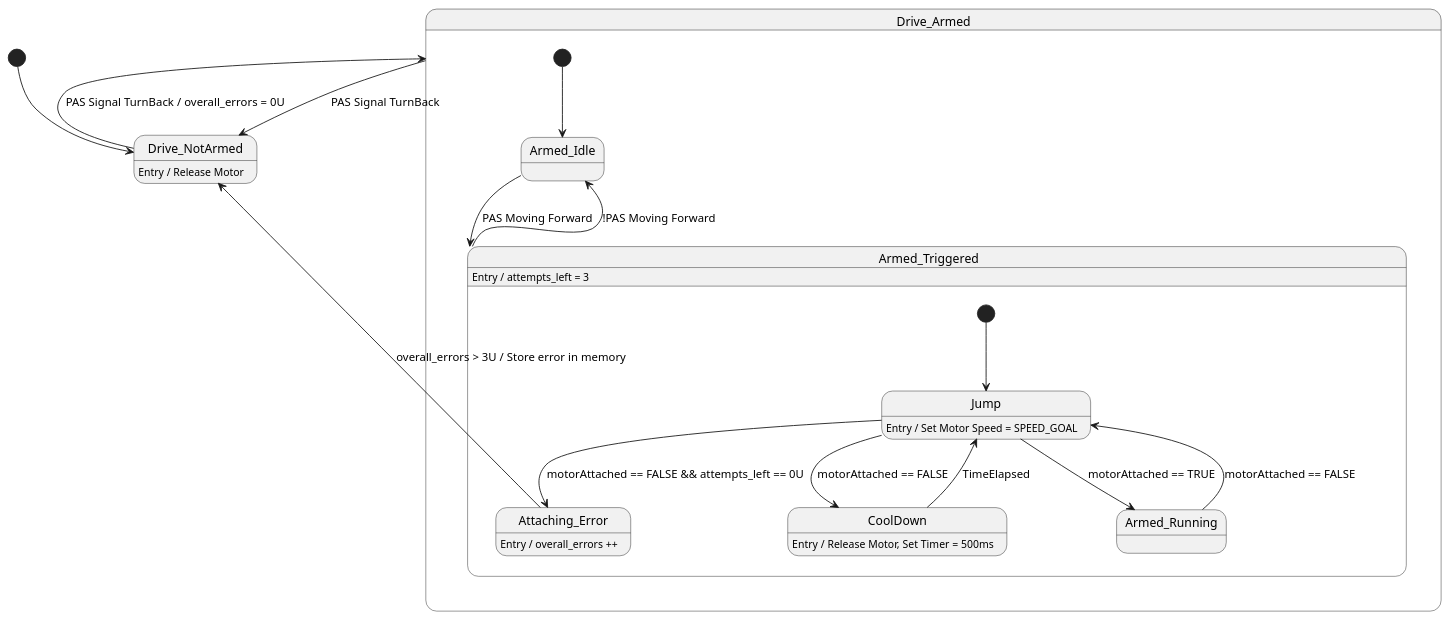
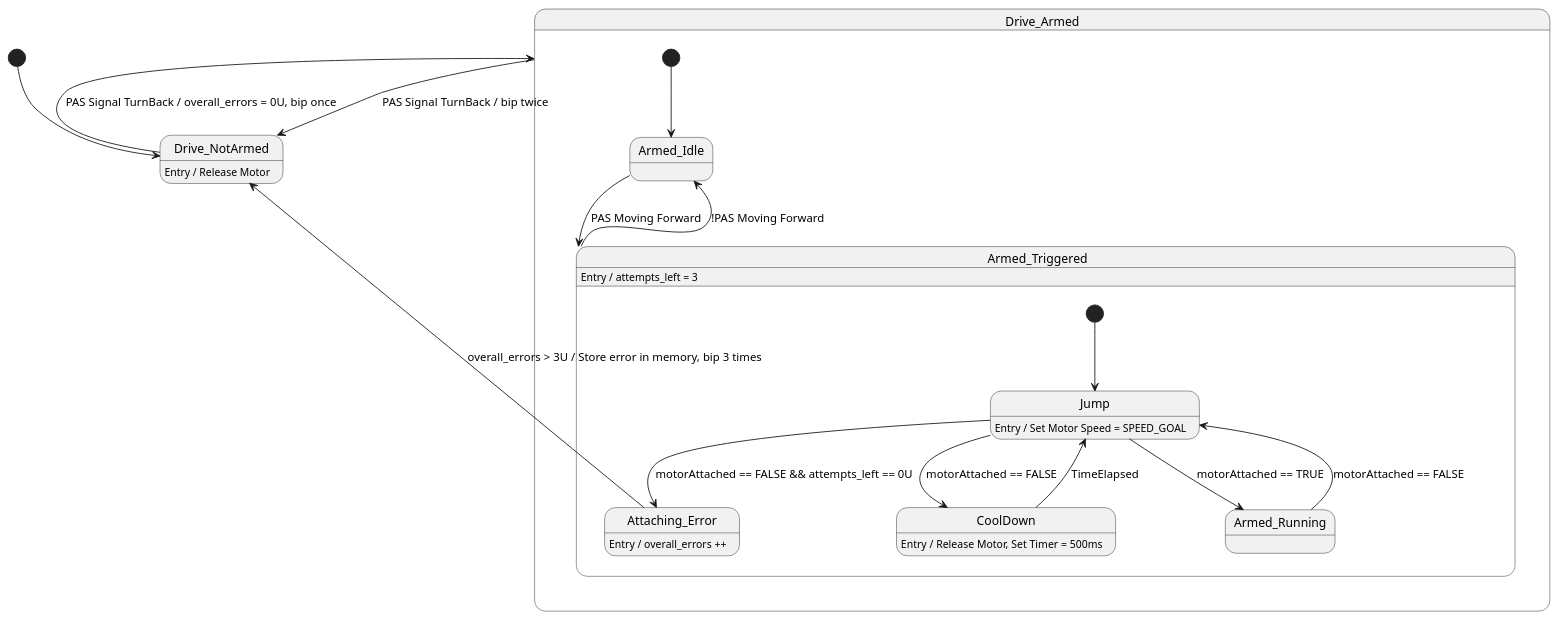
The diagram in uml/fdrive-app-sm.iuml (PiotrStrzalka/PiotrStrzalka.github.io), drawn with PlantUML before and after one commit. The commit also changed 15 other files, not shown here.

```diff
--- a/uml/fdrive-app-sm.iuml
+++ b/uml/fdrive-app-sm.iuml
@@ -1,33 +1,33 @@
 @startuml
 [*] --> Drive_NotArmed
 Drive_NotArmed: Entry / Release Motor
-Drive_NotArmed --> Drive_Armed : PAS Signal TurnBack / overall_errors = 0U
-Drive_Armed --> Drive_NotArmed : PAS Signal TurnBack
+Drive_NotArmed --> Drive_Armed : PAS Signal TurnBack / overall_errors = 0U, bip once
+Drive_Armed --> Drive_NotArmed : PAS Signal TurnBack / bip twice
   
 state Drive_Armed {
     [*] --> Armed_Idle
     Armed_Idle --> Armed_Triggered : PAS Moving Forward
     state Armed_Triggered {
         [*] --> Jump
         Jump --> CoolDown : motorAttached == FALSE
         CoolDown --> Jump : TimeElapsed
         Jump --> Armed_Running : motorAttached == TRUE
         Armed_Running --> Jump : motorAttached == FALSE
 
         Jump --> Attaching_Error : motorAttached == FALSE && attempts_left == 0U
 
         Attaching_Error : Entry / overall_errors ++
         Jump : Entry / Set Motor Speed = SPEED_GOAL
         CoolDown :  Entry / Release Motor, Set Timer = 500ms
 
     }
 
     Armed_Triggered : Entry / attempts_left = 3
     
     
     Armed_Triggered --> Armed_Idle: !PAS Moving Forward
 }
 
-Attaching_Error --> Drive_NotArmed : overall_errors > 3U / Store error in memory
+Attaching_Error --> Drive_NotArmed : overall_errors > 3U / Store error in memory, bip 3 times
 
 @enduml
```
